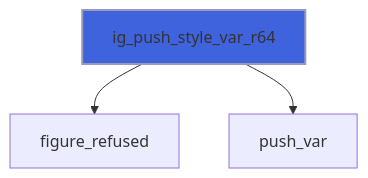
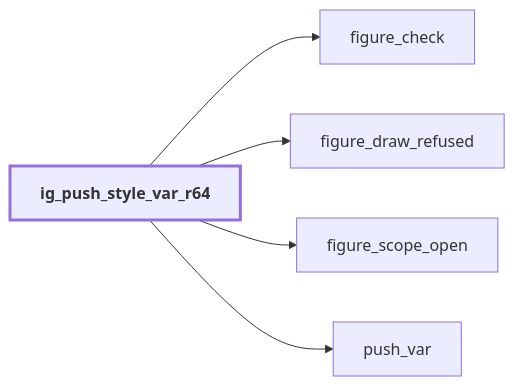
The ninth of 44 diagrams in docs/api/src/lib/figure_style.md (szaghi/figure), drawn with Mermaid before and after one commit. The commit also changed other lines of this file and 54 other files, not shown here.

````diff
--- a/docs/api/src/lib/figure_style.md
+++ b/docs/api/src/lib/figure_style.md
@@ -373,6 +426,13 @@
 ```mermaid
-flowchart TD
-  ig_push_style_var_r64["ig_push_style_var_r64"] --> figure_refused["figure_refused"]
+flowchart LR
+  ig_push_style_var_r64["ig_push_style_var_r64"] --> figure_check["figure_check"]
+  ig_push_style_var_r64["ig_push_style_var_r64"] --> figure_draw_refused["figure_draw_refused"]
+  ig_push_style_var_r64["ig_push_style_var_r64"] --> figure_scope_open["figure_scope_open"]
   ig_push_style_var_r64["ig_push_style_var_r64"] --> push_var["push_var"]
-  style ig_push_style_var_r64 fill:#3e63dd,stroke:#99b,stroke-width:2px
+  classDef focus stroke-width:3px,font-weight:bold
+  class ig_push_style_var_r64 focus
+  click figure_draw_refused href "figure_base.html#figure-draw-refused" "figure_draw_refused"
+  click push_var href "#push-var" "push_var"
+  click figure_scope_open href "figure_base.html#figure-scope-open" "figure_scope_open"
+  click figure_check href "figure_base.html#figure-check" "figure_check"
 ```
````
